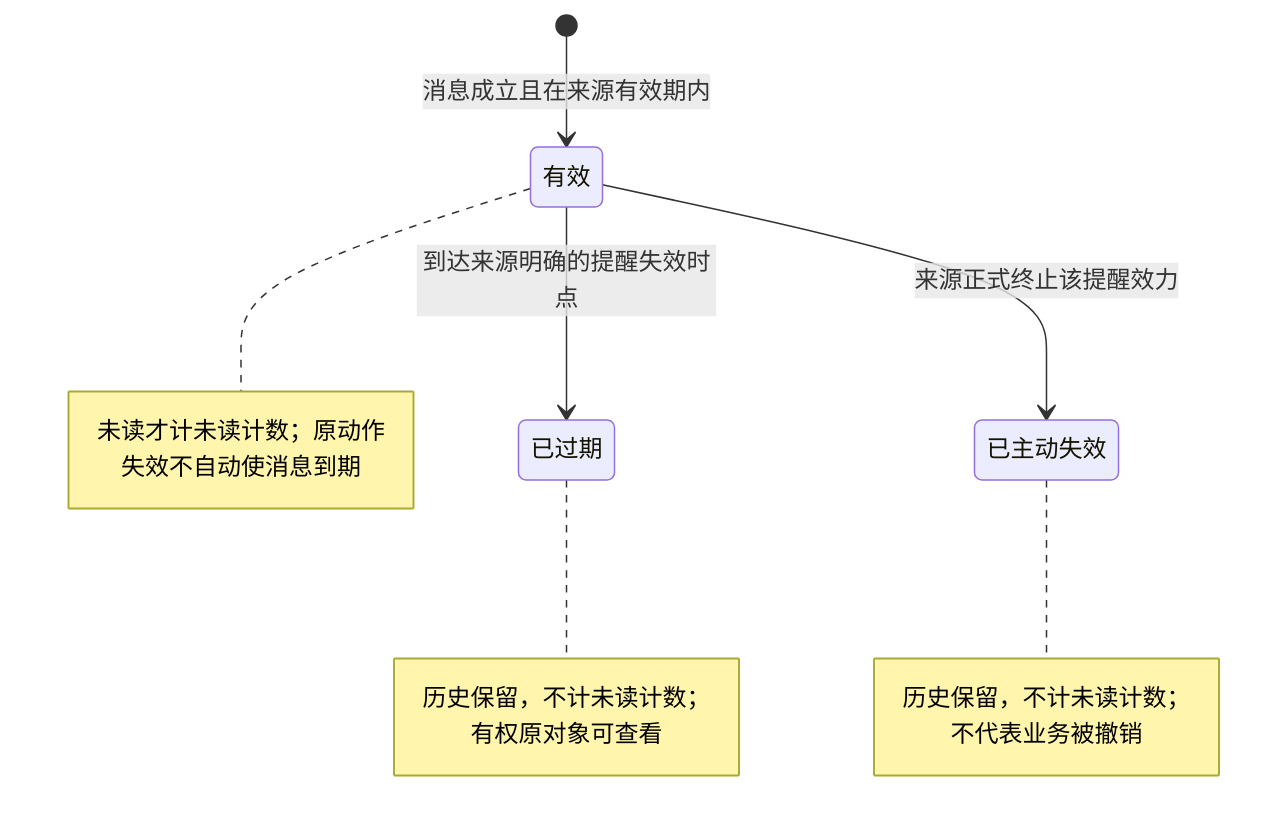
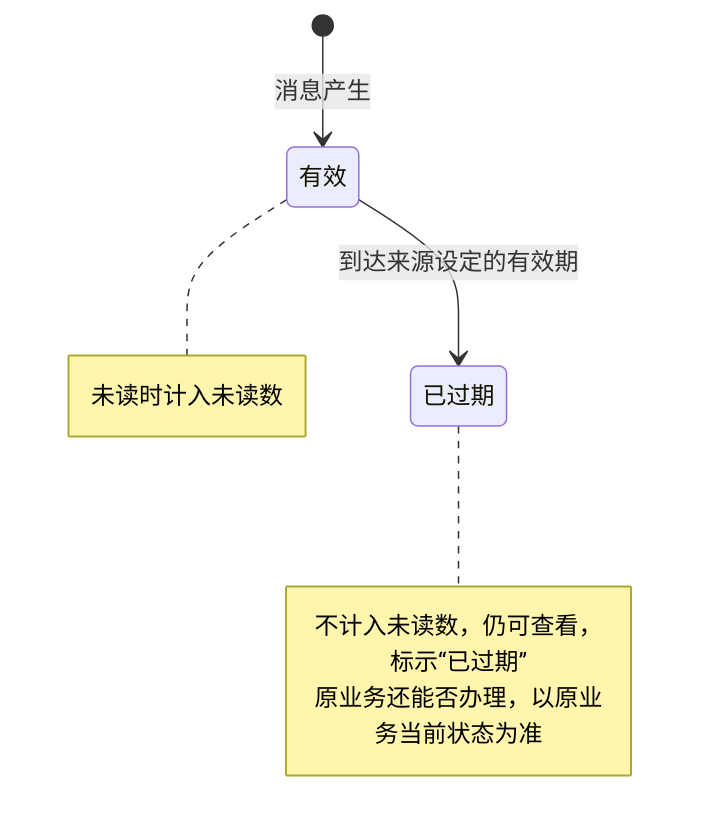
The sixth of 8 diagrams in lending-platform/PRD/面客端/10-面客消息中心/02-面客消息中心-流程图与状态机.md (wxblockchain/Chain-Financing), drawn with Mermaid before and after one commit. The commit also changed other lines of this file and 6 other files, not shown here.

````diff
--- a/lending-platform/PRD/面客端/10-面客消息中心/02-面客消息中心-流程图与状态机.md
+++ b/lending-platform/PRD/面客端/10-面客消息中心/02-面客消息中心-流程图与状态机.md
@@ -164,15 +130,12 @@
 ```mermaid
 stateDiagram-v2
-    [*] --> 有效: 消息成立且在来源有效期内
-    有效 --> 已过期: 到达来源明确的提醒失效时点
-    有效 --> 已主动失效: 来源正式终止该提醒效力
+    [*] --> 有效: 消息产生
+    有效 --> 已过期: 到达来源设定的有效期
     note right of 有效
-        未读才计未读计数；原动作失效不自动使消息到期
+        未读时计入未读数
     end note
     note right of 已过期
-        历史保留，不计未读计数；有权原对象可查看
-    end note
-    note right of 已主动失效
-        历史保留，不计未读计数；不代表业务被撤销
+        不计入未读数，仍可查看，标示“已过期”
+        原业务还能否办理，以原业务当前状态为准
     end note
 ```
````
